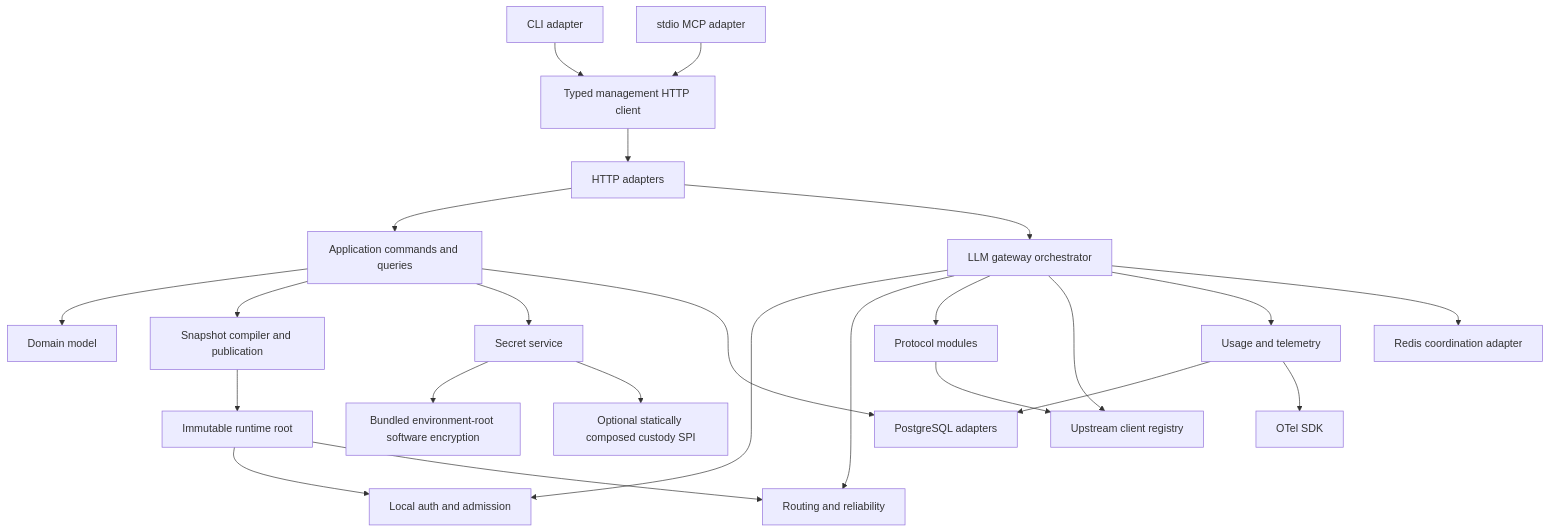
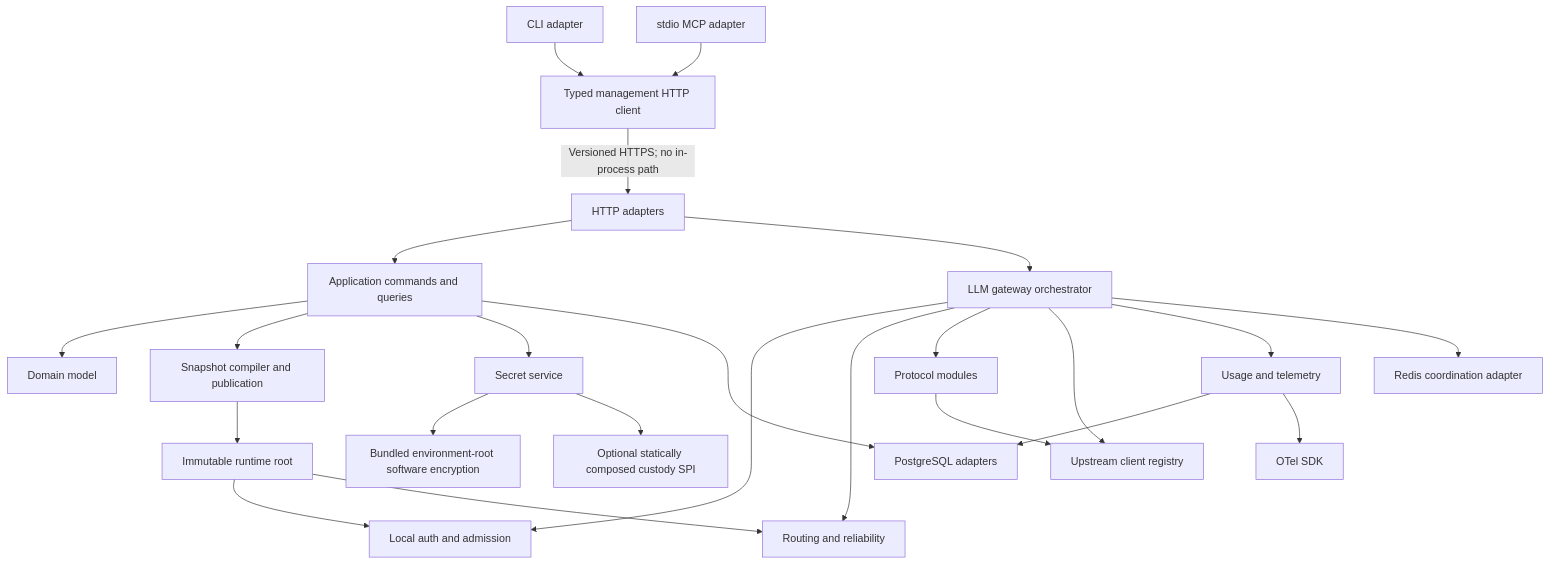
One commit to owlfoundry/owlrora changed the diagram in spec/12-implementation-architecture.md. Above: the diagram before and after it, drawn with Mermaid. The commit also changed other lines of this file and 26 other files, not shown here.

````diff
--- a/spec/12-implementation-architecture.md
+++ b/spec/12-implementation-architecture.md
@@ -20,30 +20,30 @@
 ```mermaid
 flowchart TB
     CLI[CLI adapter] --> MGMT_CLIENT[Typed management HTTP client]
     MCP[stdio MCP adapter] --> MGMT_CLIENT
-    MGMT_CLIENT --> HTTP[HTTP adapters]
+    MGMT_CLIENT -->|Versioned HTTPS; no in-process path| HTTP[HTTP adapters]
     HTTP --> APP[Application commands and queries]
     HTTP --> GW[LLM gateway orchestrator]
 
     APP --> DOMAIN[Domain model]
     APP --> SNAP[Snapshot compiler and publication]
     APP --> SECRET[Secret service]
 
     GW --> AUTH[Local auth and admission]
     GW --> ROUTE[Routing and reliability]
     GW --> PROTO[Protocol modules]
     GW --> CLIENT[Upstream client registry]
     GW --> USAGE[Usage and telemetry]
 
     SNAP --> RUNTIME[Immutable runtime root]
     RUNTIME --> AUTH
     RUNTIME --> ROUTE
 
     APP --> PG[PostgreSQL adapters]
     GW --> REDIS[Redis coordination adapter]
     SECRET --> ENV[Bundled environment-root software encryption]
     SECRET --> SPI[Optional statically composed custody SPI]
     PROTO --> CLIENT
     USAGE --> PG
     USAGE --> OTEL[OTel SDK]
 ```
````
